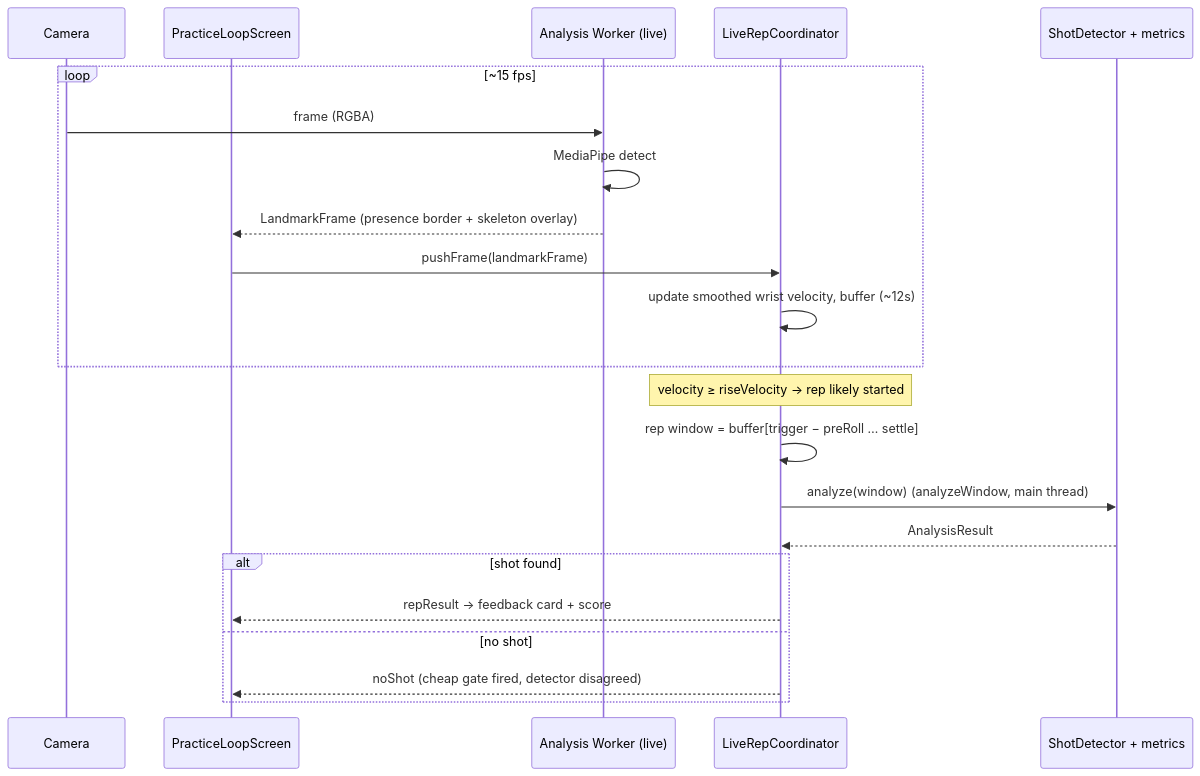
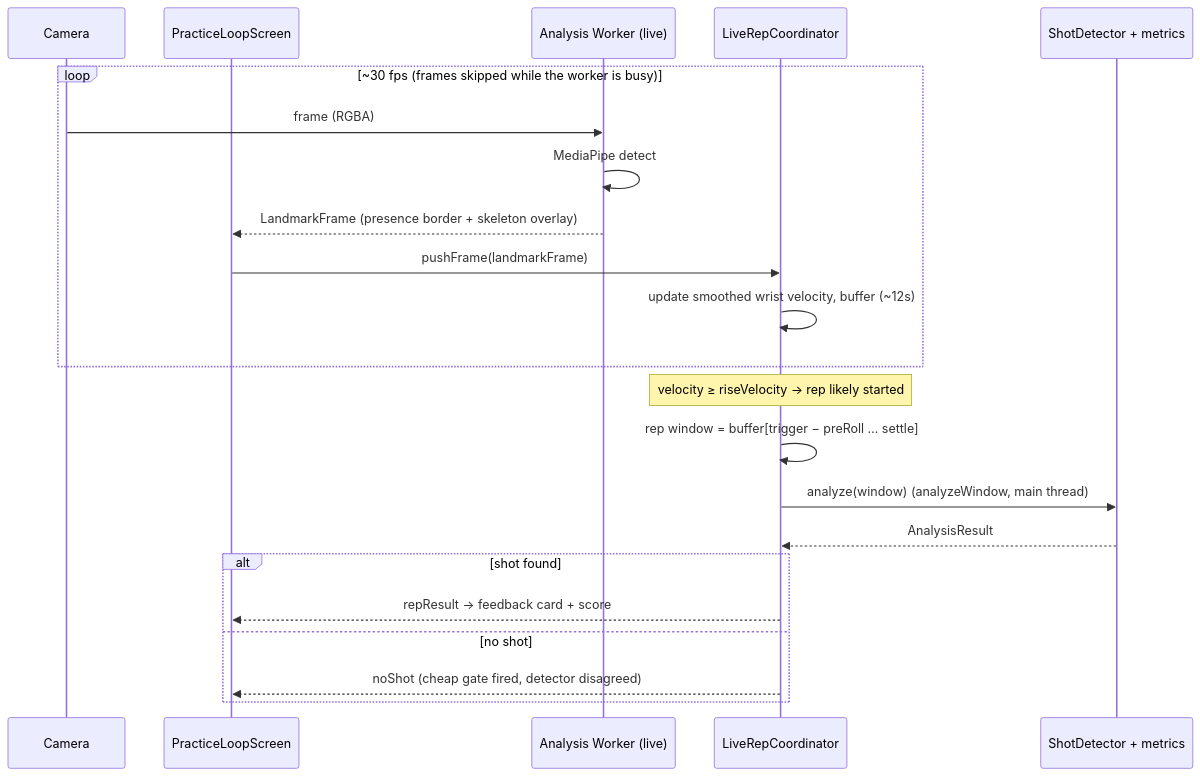
Before and after one commit to calinwolf08/shot-analysis: the seventh of 13 diagrams in docs/architecture.md, drawn with Mermaid. The commit also changed other lines of this file and 164 other files, not shown here.

````diff
--- a/docs/architecture.md
+++ b/docs/architecture.md
@@ -236,25 +236,25 @@
 ```mermaid
 sequenceDiagram
     participant Cam as Camera
     participant UI as PracticeLoopScreen
     participant W as Analysis Worker (live)
     participant Co as LiveRepCoordinator
     participant Lib as ShotDetector + metrics
 
-    loop ~15 fps
+    loop ~30 fps (frames skipped while the worker is busy)
         Cam->>W: frame (RGBA)
         W->>W: MediaPipe detect
         W-->>UI: LandmarkFrame  (presence border + skeleton overlay)
         UI->>Co: pushFrame(landmarkFrame)
         Co->>Co: update smoothed wrist velocity, buffer (~12s)
     end
     Note over Co: velocity ≥ riseVelocity → rep likely started
     Co->>Co: rep window = buffer[trigger − preRoll … settle]
     Co->>Lib: analyze(window)   (analyzeWindow, main thread)
     Lib-->>Co: AnalysisResult
     alt shot found
         Co-->>UI: repResult → feedback card + score
     else no shot
         Co-->>UI: noShot (cheap gate fired, detector disagreed)
     end
 ```
````
